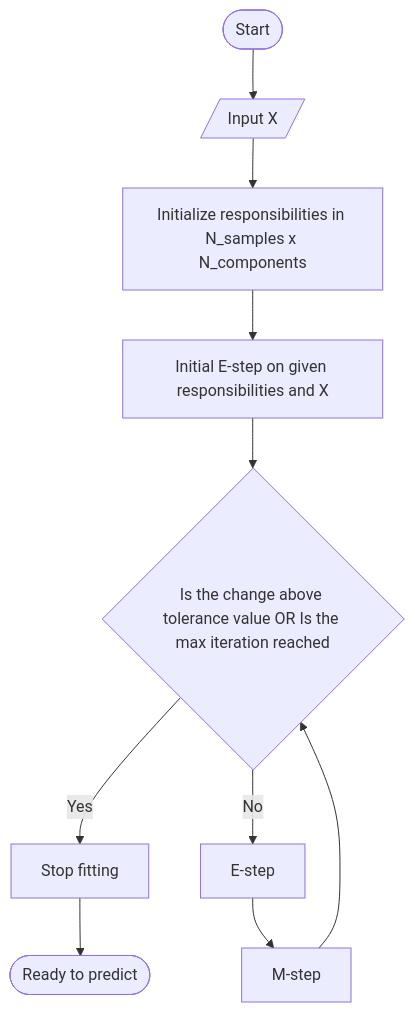
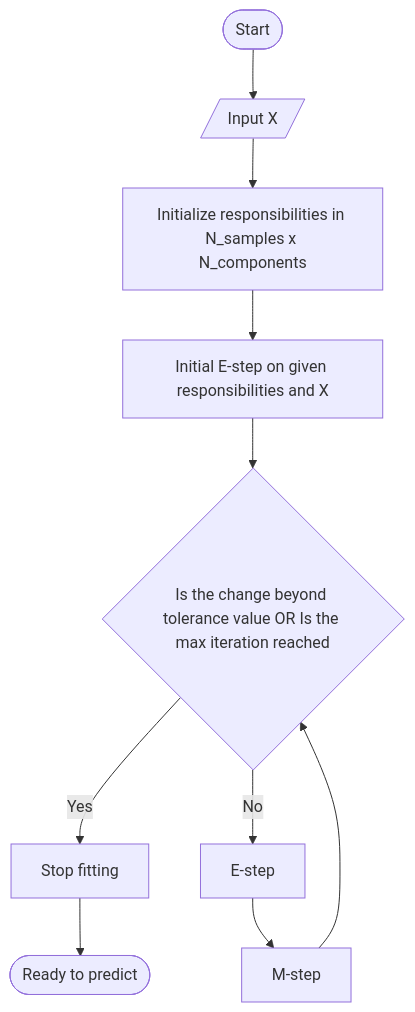
One commit to MangoPomelo/GaussianMixture changed the diagram in README.md. Above: the diagram before and after it, drawn with Mermaid.

````diff
--- a/README.md
+++ b/README.md
@@ -10,12 +10,12 @@
 ```mermaid
 graph TD
     Start([Start]) --> InputX
     InputX[/Input X/] --> InitializeResp
     InitializeResp[Initialize responsibilities in N_samples x N_components] --> InitialEStep
     InitialEStep[Initial E-step on given responsibilities and X] --> Guard
     Guard -- Yes --> Return[Stop fitting]
-    Guard{Is the change above tolerance value OR Is the max iteration reached} -- No --> EStep
+    Guard{Is the change beyond tolerance value OR Is the max iteration reached} -- No --> EStep
     EStep[E-step] --> MStep
     MStep[M-step] --> Guard
     Return --> End([Ready to predict])
 ```
````
